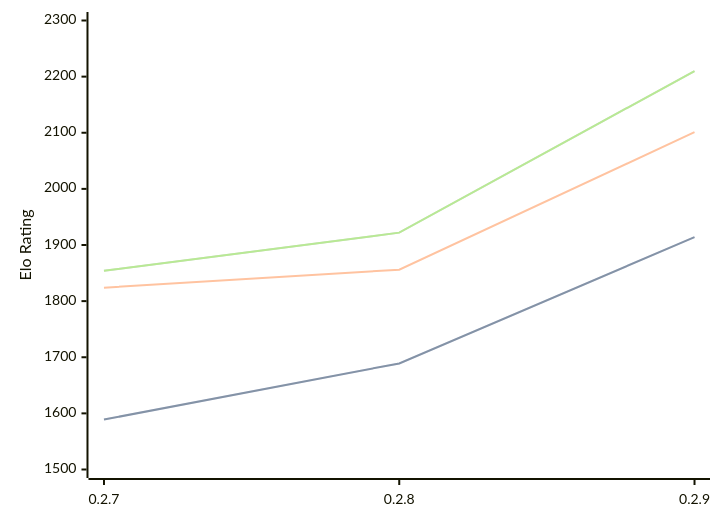
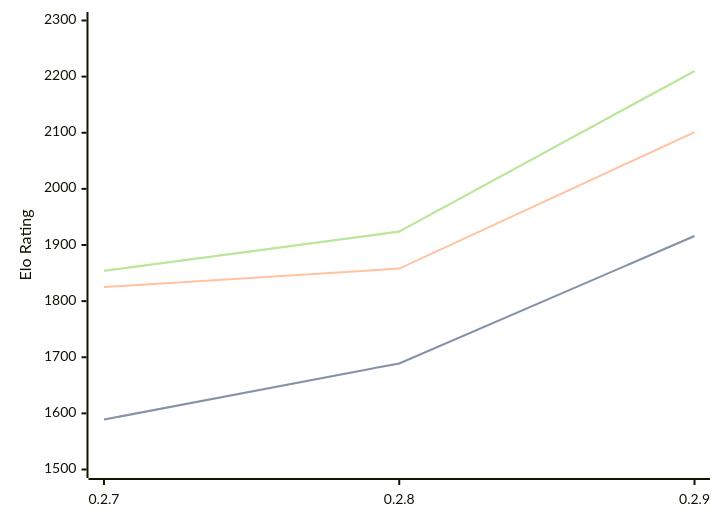
The first of 3 diagrams in engines/Dual.md (computer-chess-index/cci), drawn with Mermaid before and after one commit. The commit also changed other lines of this file, not shown here.

Commit message:
Update CCI Ratings (ELO VLTC) - 2026-07-03

````diff
--- a/engines/Dual.md
+++ b/engines/Dual.md
@@ -42,11 +42,11 @@
 ```mermaid
 %%{init: {"theme":"base","themeVariables":{"seriesColors:['#a3a3a3','#222221','#faa371']}}}%%
 xychart-beta
   x-axis ["0.2.7", "0.2.8", "0.2.9"]
   y-axis "Elo Rating" 1500 --> 2300
-  line "STC (8.0+0.08s)" [1589, 1689, 1914]
-  line "STC (8.0+0.08s)" [1589, 1689, 1914]
-  line "LTC (60.0+0.60s)" [1824, 1856, 2101]
-  line "VLTC (2m24s+1.12s)" [1854, 1922, 2210]
-  line "VLTC (2m24s+1.12s)" [1854, 1922, 2210]
+  line "STC (8.0+0.08s)" [1589, 1689, 1916]
+  line "STC (8.0+0.08s)" [1589, 1689, 1916]
+  line "LTC (60.0+0.60s)" [1825, 1858, 2101]
+  line "VLTC (2m24s+1.12s)" [1854, 1924, 2210]
+  line "VLTC (2m24s+1.12s)" [1854, 1924, 2210]
 ```
````
